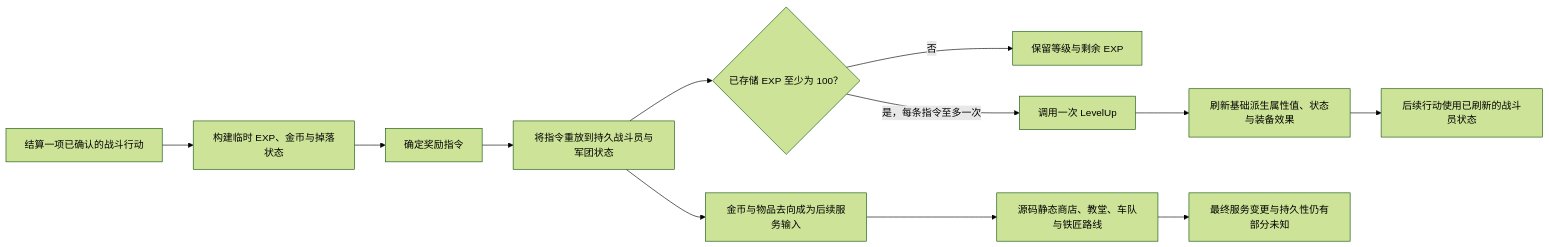
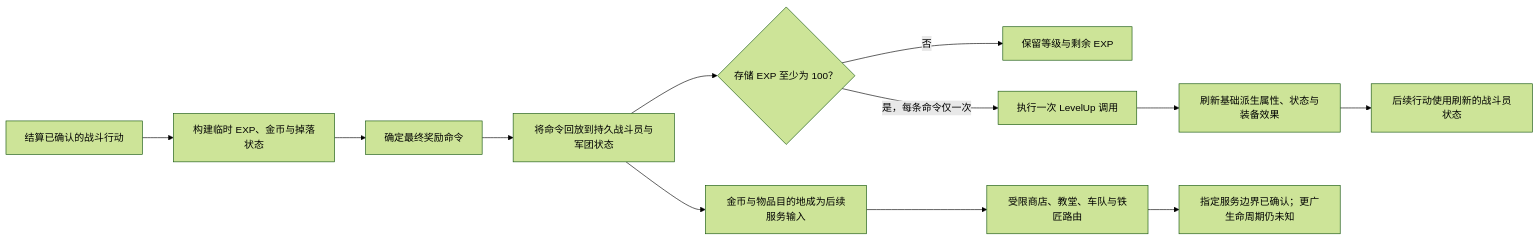
One commit to FrankHZ/md-sf2-reverse-engineering changed the diagram in docs/design/zh-CN/synthesis/progression-and-economy.md. Above: the diagram before and after it, drawn with Mermaid (forest theme). The commit also changed other lines of this file and 1 other file, not shown here.

First line of the commit message:
docs: synchronize Chinese progression and service economy (#1289)

````diff
--- a/docs/design/zh-CN/synthesis/progression-and-economy.md
+++ b/docs/design/zh-CN/synthesis/progression-and-economy.md
@@ -68,14 +107,14 @@
 ```mermaid
 flowchart LR
-    action["结算一项已确认的战斗行动"] --> build["构建临时 EXP、金币与掉落状态"]
-    build --> finalize["确定奖励指令"]
-    finalize --> replay["将指令重放到持久战斗员与军团状态"]
-    replay --> threshold{"已存储 EXP 至少为 100？"}
+    action["结算已确认的战斗行动"] --> build["构建临时 EXP、金币与掉落状态"]
+    build --> finalize["确定最终奖励命令"]
+    finalize --> replay["将命令回放到持久战斗员与军团状态"]
+    replay --> threshold{"存储 EXP 至少为 100？"}
     threshold -->|"否"| retained["保留等级与剩余 EXP"]
-    threshold -->|"是，每条指令至多一次"| levelup["调用一次 LevelUp"]
-    levelup --> refresh["刷新基础派生属性值、状态与装备效果"]
-    refresh --> future["后续行动使用已刷新的战斗员状态"]
-    replay --> economy["金币与物品去向成为后续服务输入"]
-    economy --> service["源码静态商店、教堂、车队与铁匠路线"]
-    service --> unknown["最终服务变更与持久性仍有部分未知"]
+    threshold -->|"是，每条命令仅一次"| levelup["执行一次 LevelUp 调用"]
+    levelup --> refresh["刷新基础派生属性、状态与装备效果"]
+    refresh --> future["后续行动使用刷新的战斗员状态"]
+    replay --> economy["金币与物品目的地成为后续服务输入"]
+    economy --> service["受限商店、教堂、车队与铁匠路由"]
+    service --> unknown["指定服务边界已确认；更广生命周期仍未知"]
 ```
````
